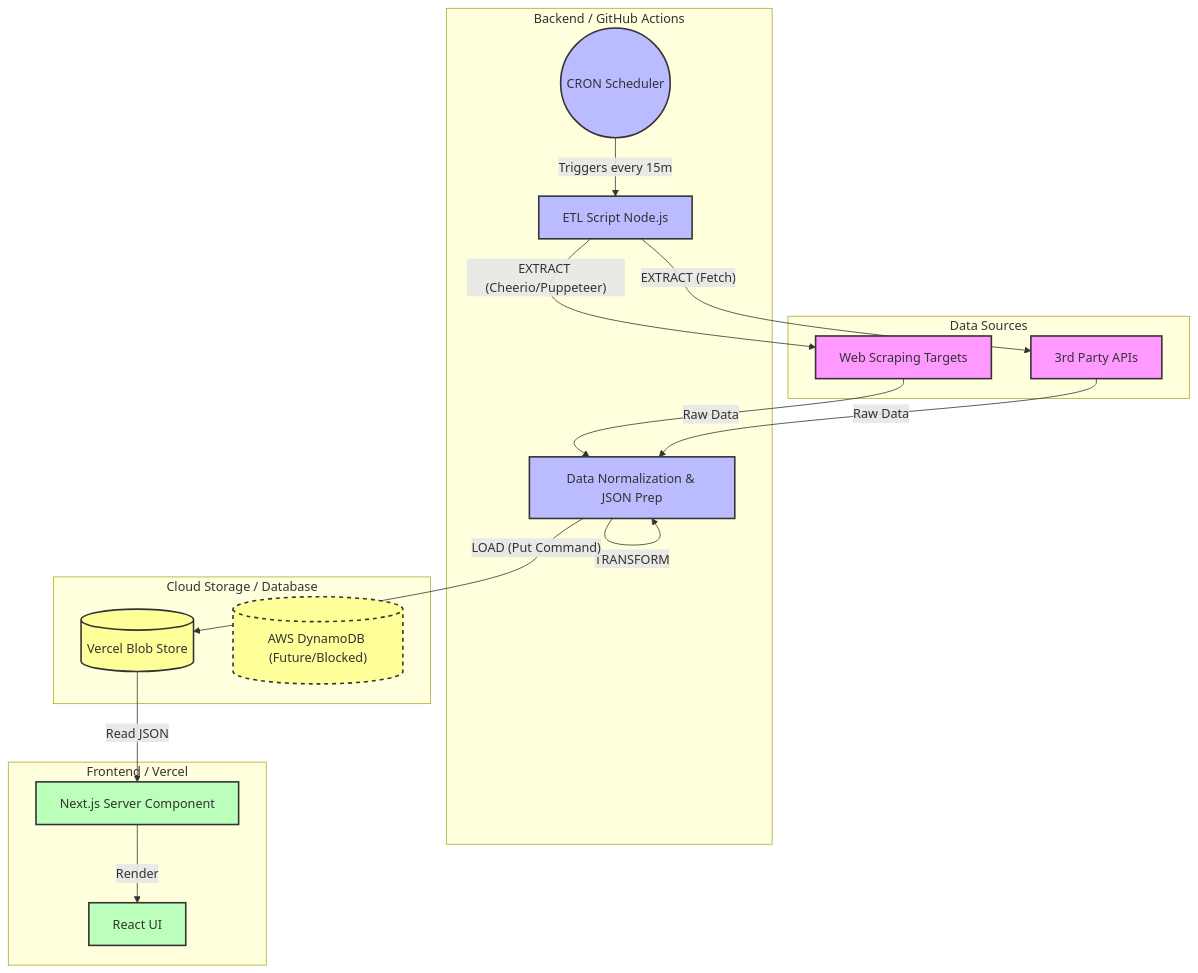
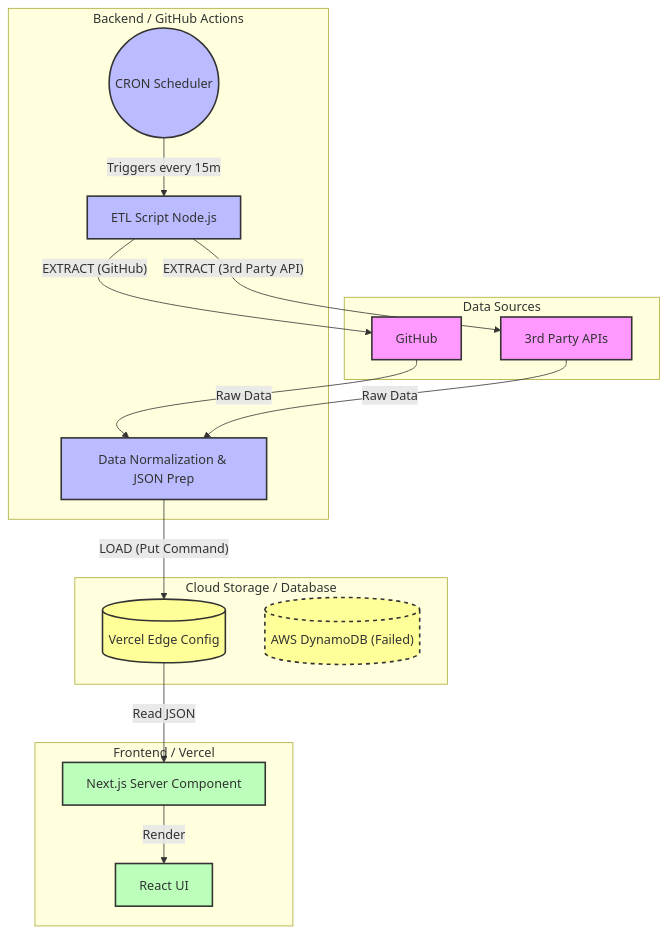
Before and after one commit to thomas-to-bcheme/thomas-to-bcheme.github.io: the second of 2 diagrams in README.md, drawn with Mermaid. The commit also changed other lines of this file, not shown here.

````diff
--- a/README.md
+++ b/README.md
@@ -260,41 +254,40 @@
 ```mermaid
 flowchart TD
     %% Styling
     classDef external fill:#f9f,stroke:#333,stroke-width:2px;
     classDef backend fill:#bbf,stroke:#333,stroke-width:2px;
     classDef storage fill:#ff9,stroke:#333,stroke-width:2px;
     classDef frontend fill:#bfb,stroke:#333,stroke-width:2px;
 
     subgraph Sources [Data Sources]
-        Web[Web Scraping Targets]:::external
+        Web[GitHub]:::external
         API[3rd Party APIs]:::external
     end
 
     subgraph ETL_Backend [Backend / GitHub Actions]
         Cron((CRON Scheduler)):::backend
         Script[ETL Script Node.js]:::backend
         Transform[Data Normalization & JSON Prep]:::backend
     end
 
     subgraph Cloud_Storage [Cloud Storage / Database]
-        Blob[(Vercel Blob Store)]:::storage
-        DynamoDB[("AWS DynamoDB (Future/Blocked)")]:::storage
+        Blob[(Vercel Edge Config)]:::storage
+        DynamoDB[("AWS DynamoDB (Failed)")]:::storage
         style DynamoDB stroke-dasharray: 5 5
     end
 
     subgraph Client [Frontend / Vercel]
         NextJS[Next.js Server Component]:::frontend
         UI[React UI]:::frontend
     end
 
     %% Flows
     Cron --"Triggers every 15m"--> Script
-    Script --"EXTRACT (Cheerio/Puppeteer)"--> Web
-    Script --"EXTRACT (Fetch)"--> API
+    Script --"EXTRACT (GitHub)"--> Web
+    Script --"EXTRACT (3rd Party API)"--> API
     Web & API --"Raw Data"--> Transform
-    Transform --"TRANSFORM"--> Transform
     Transform --"LOAD (Put Command)"--> Blob
     
     Blob --"Read JSON"--> NextJS
     NextJS --"Render"--> UI
 ```
````
